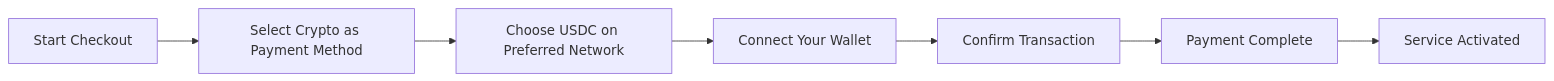
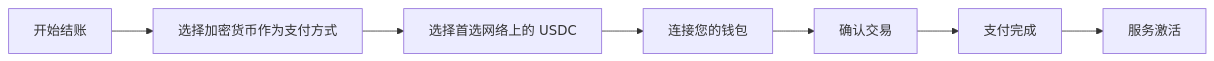
One commit to forwardemail/forwardemail.net changed the first of 3 diagrams in app/views/docs/crypto-payments-privacy-email-service/index-zh.md. Above: the diagram before and after it, drawn with Mermaid. The commit also changed other lines of this file and 1055 other files, not shown here.

````diff
--- a/app/views/docs/crypto-payments-privacy-email-service/index-zh.md
+++ b/app/views/docs/crypto-payments-privacy-email-service/index-zh.md
@@ -37,9 +41,9 @@
 ```mermaid
 flowchart LR
-    A[Start Checkout] --> B[Select Crypto as Payment Method]
-    B --> C[Choose USDC on Preferred Network]
-    C --> D[Connect Your Wallet]
-    D --> E[Confirm Transaction]
-    E --> F[Payment Complete]
-    F --> G[Service Activated]
+    A[开始结账] --> B[选择加密货币作为支付方式]
+    B --> C[选择首选网络上的 USDC]
+    C --> D[连接您的钱包]
+    D --> E[确认交易]
+    E --> F[支付完成]
+    F --> G[服务激活]
 ```
````
